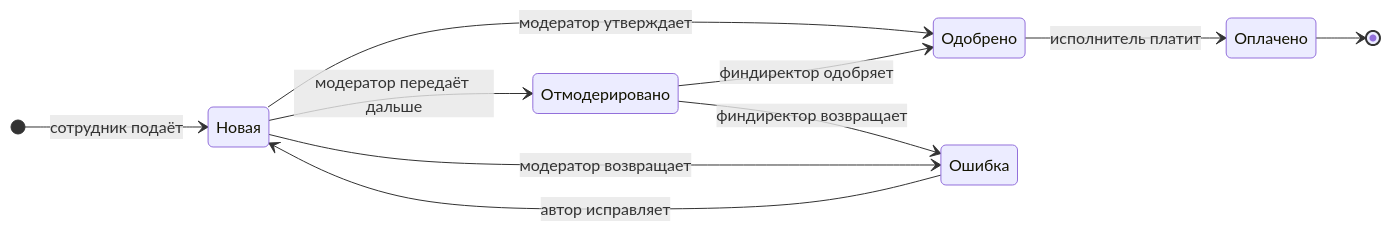
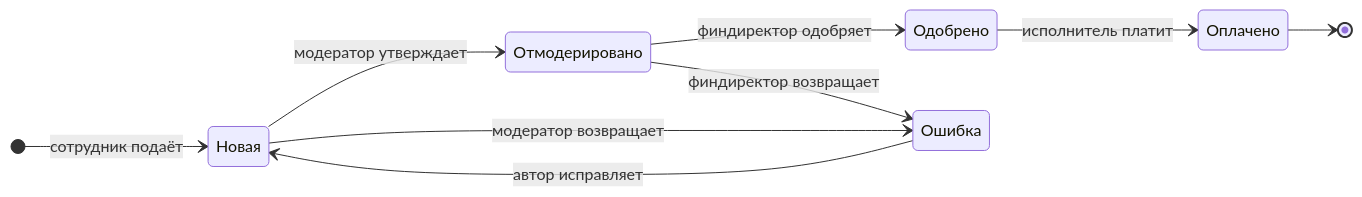
One commit to adalekin/zrs changed the diagram in README.md. Above: the diagram before and after it, drawn with Mermaid. The commit also changed other lines of this file and 28 other files, not shown here.

````diff
--- a/README.md
+++ b/README.md
@@ -66,19 +66,18 @@
 ```mermaid
 stateDiagram-v2
     direction LR
     state "Новая" as new
     state "Ошибка" as returned
     state "Отмодерировано" as escalated
     state "Одобрено" as approved
     state "Оплачено" as paid
 
     [*] --> new: сотрудник подаёт
-    new --> approved: модератор утверждает
-    new --> escalated: модератор передаёт дальше
+    new --> escalated: модератор утверждает
     new --> returned: модератор возвращает
     returned --> new: автор исправляет
     escalated --> approved: финдиректор одобряет
     escalated --> returned: финдиректор возвращает
     approved --> paid: исполнитель платит
     paid --> [*]
 ```
````
